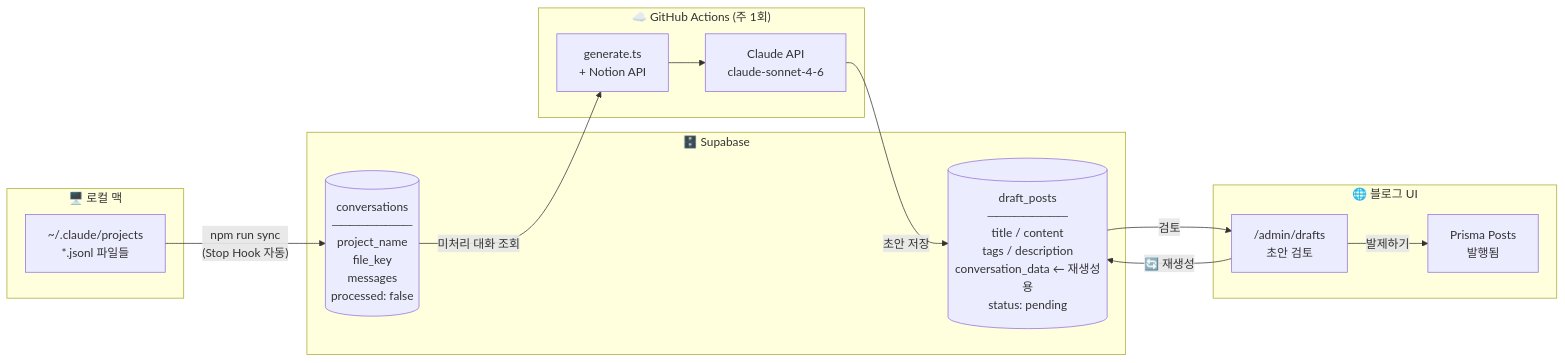
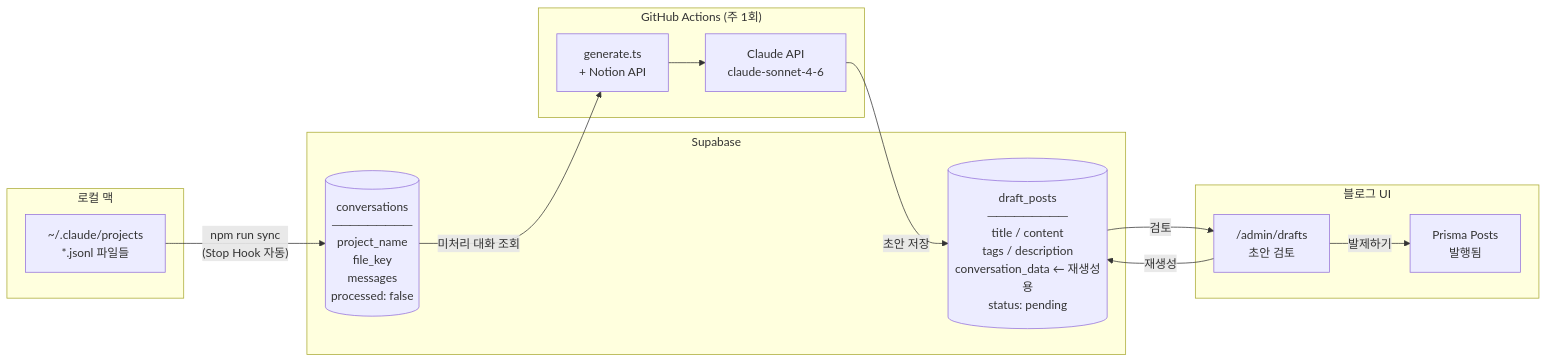
The second of 3 diagrams in README.md (hov-i/auto-blog-posting), drawn with Mermaid before and after one commit. The commit also changed other lines of this file and 3 other files, not shown here.

````diff
--- a/README.md
+++ b/README.md
@@ -52,29 +52,29 @@
 ```mermaid
 flowchart LR
-    subgraph LOCAL["🖥️ 로컬 맥"]
+    subgraph LOCAL["로컬 맥"]
         A["~/.claude/projects\n*.jsonl 파일들"]
     end
 
-    subgraph SUPABASE["🗄️ Supabase"]
+    subgraph SUPABASE["Supabase"]
         B[("conversations\n─────────\nproject_name\nfile_key\nmessages\nprocessed: false")]
         C[("draft_posts\n─────────\ntitle / content\ntags / description\nconversation_data ← 재생성용\nstatus: pending")]
     end
 
-    subgraph CLOUD["☁️ GitHub Actions (주 1회)"]
+    subgraph CLOUD["GitHub Actions (주 1회)"]
         D["generate.ts\n+ Notion API"]
         E["Claude API\nclaude-sonnet-4-6"]
     end
 
-    subgraph BLOG["🌐 블로그 UI"]
+    subgraph BLOG["블로그 UI"]
         F["/admin/drafts\n초안 검토"]
         G["Prisma Posts\n발행됨"]
     end
 
     A -->|"npm run sync\n(Stop Hook 자동)"| B
     B -->|"미처리 대화 조회"| D
     D --> E
     E -->|"초안 저장"| C
     C -->|"검토"| F
     F -->|"발제하기"| G
-    F -->|"🔄 재생성"| C
+    F -->|"재생성"| C
 ```
````
